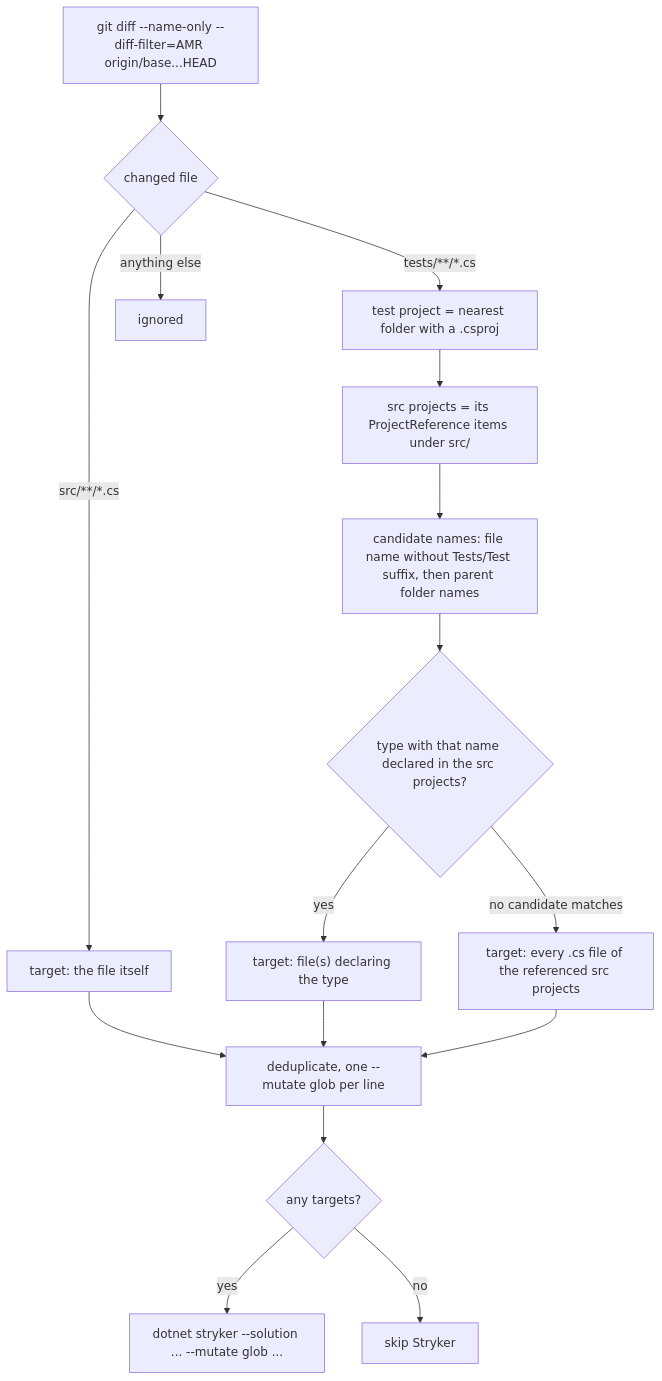
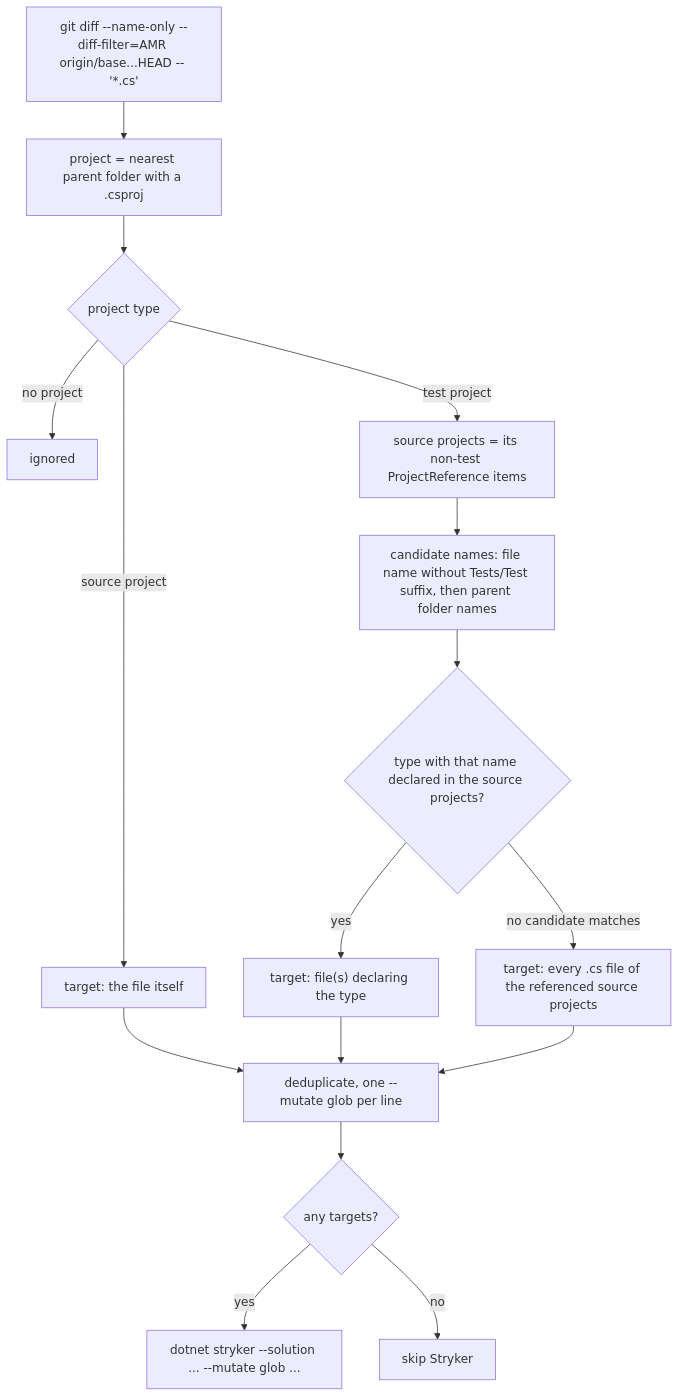
One commit to NelsonBN/demo-dotnet-mutation-tests-stryker changed the diagram in README.md. Above: the diagram before and after it, drawn with Mermaid. The commit also changed other lines of this file and 1 other file, not shown here.

Commit message:
docs(README): update mutation target detection rules and examples

````diff
--- a/README.md
+++ b/README.md
@@ -213,18 +213,18 @@
 ```mermaid
 flowchart TD
-    A["git diff --name-only --diff-filter=AMR origin/base...HEAD"] --> B{"changed file"}
-    B -->|"src/**/*.cs"| C["target: the file itself"]
-    B -->|"tests/**/*.cs"| D["test project = nearest folder with a .csproj"]
-    B -->|"anything else"| X["ignored"]
-    D --> E["src projects = its ProjectReference items under src/"]
+    A["git diff --name-only --diff-filter=AMR origin/base...HEAD -- '*.cs'"] --> P["project = nearest parent folder with a .csproj"]
+    P --> B{"project type"}
+    B -->|"no project"| X["ignored"]
+    B -->|"source project"| C["target: the file itself"]
+    B -->|"test project"| E["source projects = its non-test ProjectReference items"]
     E --> F["candidate names: file name without Tests/Test suffix, then parent folder names"]
-    F --> G{"type with that name declared in the src projects?"}
+    F --> G{"type with that name declared in the source projects?"}
     G -->|"yes"| H["target: file(s) declaring the type"]
-    G -->|"no candidate matches"| I["target: every .cs file of the referenced src projects"]
+    G -->|"no candidate matches"| I["target: every .cs file of the referenced source projects"]
     C --> J["deduplicate, one --mutate glob per line"]
     H --> J
     I --> J
     J --> K{"any targets?"}
     K -->|"yes"| L["dotnet stryker --solution ... --mutate glob ..."]
     K -->|"no"| M["skip Stryker"]
 ```
````
